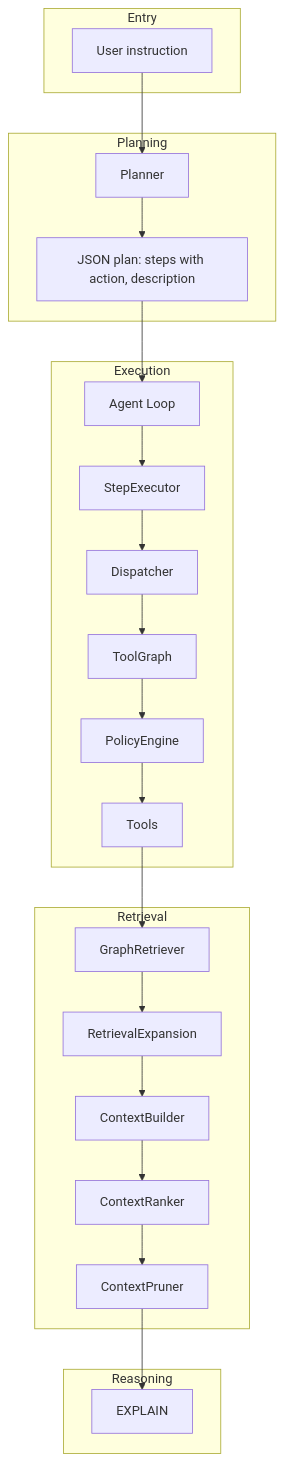
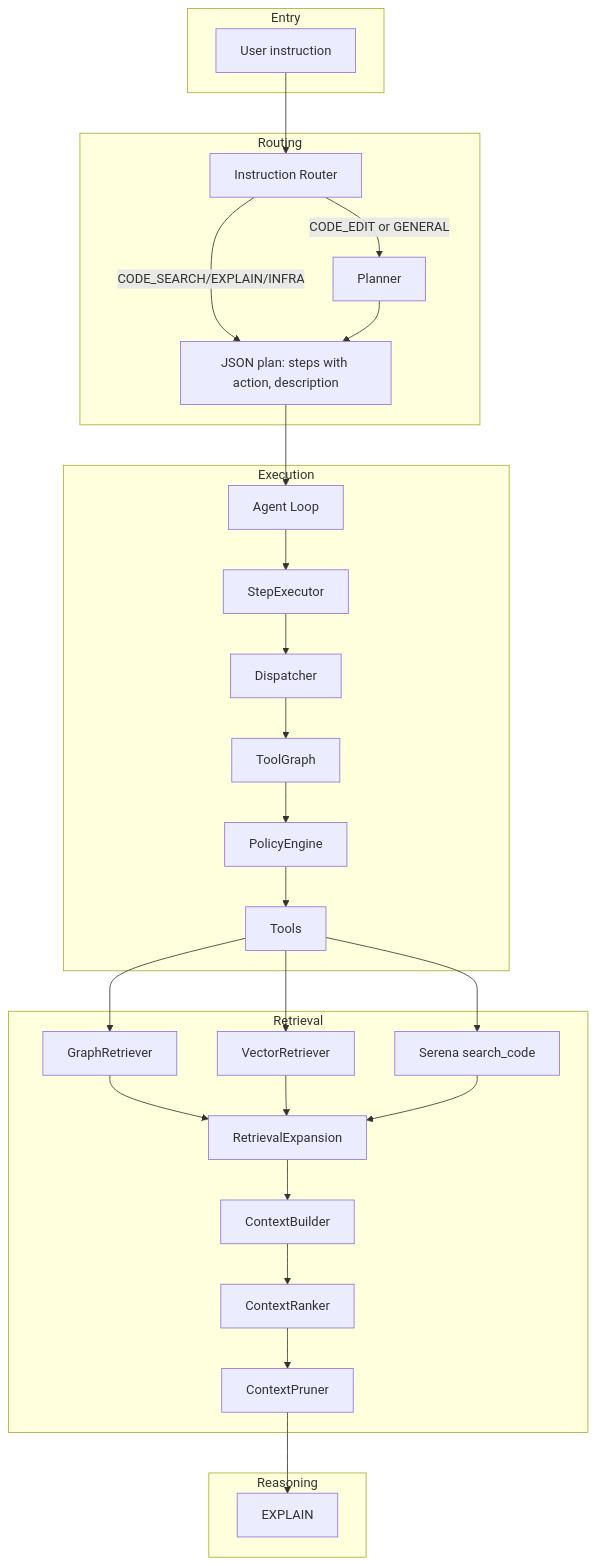
The diagram in README.md (Pugsy-Explores/AutoStudio), drawn with Mermaid before and after one commit. The commit also changed other lines of this file and 68 other files, not shown here.

````diff
--- a/README.md
+++ b/README.md
@@ -29,47 +29,56 @@
 ```mermaid
 flowchart TB
     subgraph Entry
         User[User instruction]
     end
 
-    subgraph Planning
+    subgraph Routing
+        InstructionRouter[Instruction Router]
         Planner[Planner]
         Plan[JSON plan: steps with action, description]
     end
 
     subgraph Execution
         Loop[Agent Loop]
         Exec[StepExecutor]
         Dispatch[Dispatcher]
         ToolGraph[ToolGraph]
         Policy[PolicyEngine]
         Tools[Tools]
     end
 
     subgraph Retrieval
         GraphRetriever[GraphRetriever]
+        VectorRetriever[VectorRetriever]
+        SerenaGrep[Serena search_code]
         Expand[RetrievalExpansion]
         ContextBuilder[ContextBuilder]
         Ranker[ContextRanker]
         Pruner[ContextPruner]
     end
 
     subgraph Reasoning
         Explain[EXPLAIN]
     end
 
-    User --> Planner
+    User --> InstructionRouter
+    InstructionRouter -->|CODE_EDIT or GENERAL| Planner
+    InstructionRouter -->|CODE_SEARCH/EXPLAIN/INFRA| Plan
     Planner --> Plan
     Plan --> Loop
     Loop --> Exec
     Exec --> Dispatch
     Dispatch --> ToolGraph
     ToolGraph --> Policy
     Policy --> Tools
     Tools --> GraphRetriever
+    Tools --> VectorRetriever
+    Tools --> SerenaGrep
     GraphRetriever --> Expand
+    VectorRetriever --> Expand
+    SerenaGrep --> Expand
     Expand --> ContextBuilder
     ContextBuilder --> Ranker
     Ranker --> Pruner
     Pruner --> Explain
 ```
````
